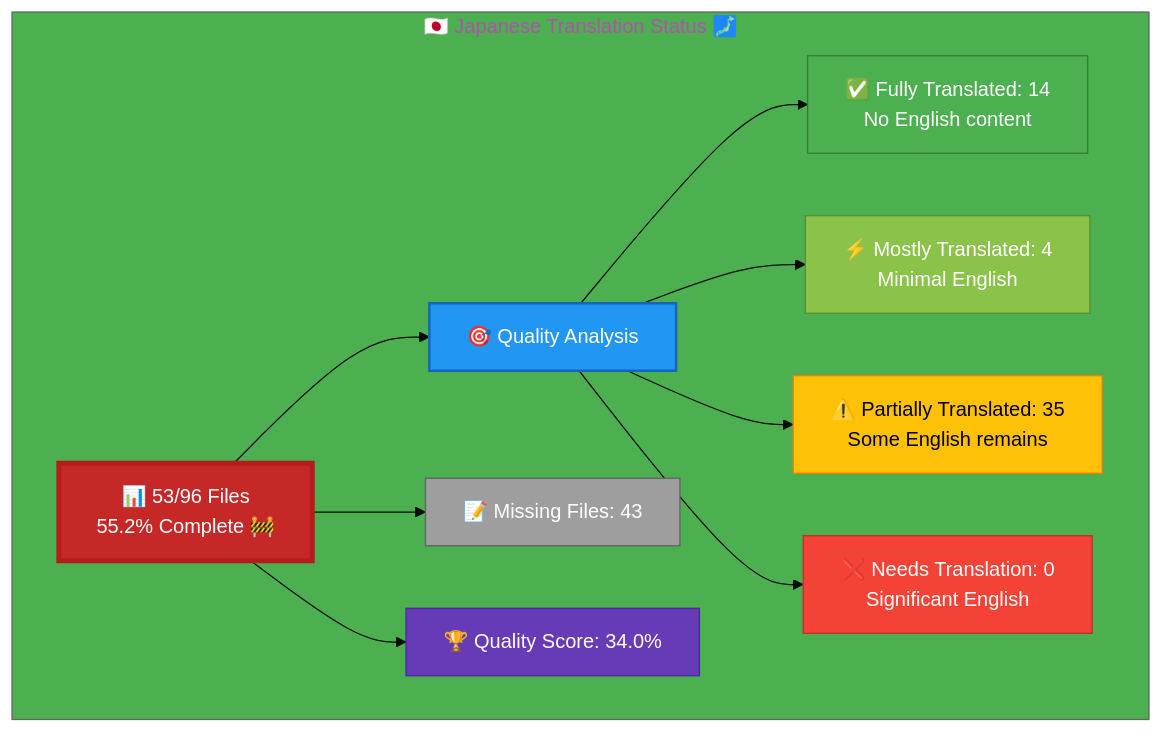
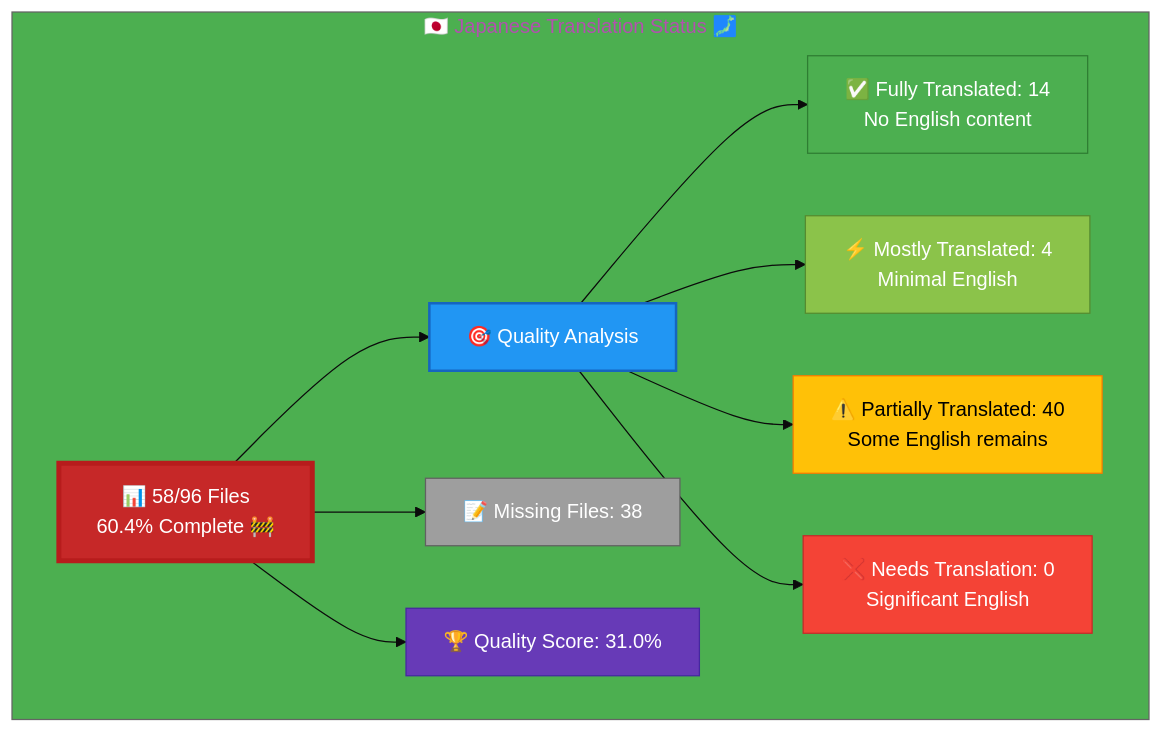
Before and after one commit to Hack23/homepage: the diagram in Japanese-Translation-Status.md, drawn with Mermaid. The commit also changed other lines of this file and 2 other files, not shown here.

````diff
--- a/Japanese-Translation-Status.md
+++ b/Japanese-Translation-Status.md
@@ -12,26 +12,26 @@
 ```mermaid
 %%{init: {'theme':'base', 'themeVariables': {'primaryColor':'#C62828','secondaryColor':'#2196F3','tertiaryColor':'#4CAF50','fontSize':'16px'}}}%%
 graph TB
     subgraph "🇯🇵 Japanese Translation Status 🗾"
-        A["📊 53/96 Files<br/>55.2% Complete 🚧"]
+        A["📊 58/96 Files<br/>60.4% Complete 🚧"]
         
         A --> B["🎯 Quality Analysis"]
         B --> C["✅ Fully Translated: 14<br/>No English content"]
         B --> D["⚡ Mostly Translated: 4<br/>Minimal English"]
-        B --> E["⚠️  Partially Translated: 35<br/>Some English remains"]
+        B --> E["⚠️  Partially Translated: 40<br/>Some English remains"]
         B --> F["❌ Needs Translation: 0<br/>Significant English"]
         
-        A --> G["📝 Missing Files: 43"]
+        A --> G["📝 Missing Files: 38"]
         
-        A --> H["🏆 Quality Score: 34.0%"]
+        A --> H["🏆 Quality Score: 31.0%"]
         
         style A fill:#C62828,stroke:#B71C1C,color:#fff,stroke-width:4px
         style B fill:#2196F3,stroke:#1565C0,color:#fff,stroke-width:2px
         style C fill:#4CAF50,stroke:#2E7D32,color:#fff
         style D fill:#8BC34A,stroke:#558B2F,color:#fff
         style E fill:#FFC107,stroke:#F57C00,color:#000
         style F fill:#F44336,stroke:#C62828,color:#fff
         style G fill:#9E9E9E,stroke:#616161,color:#fff
         style H fill:#673AB7,stroke:#4527A0,color:#fff
     end
 ```
````
